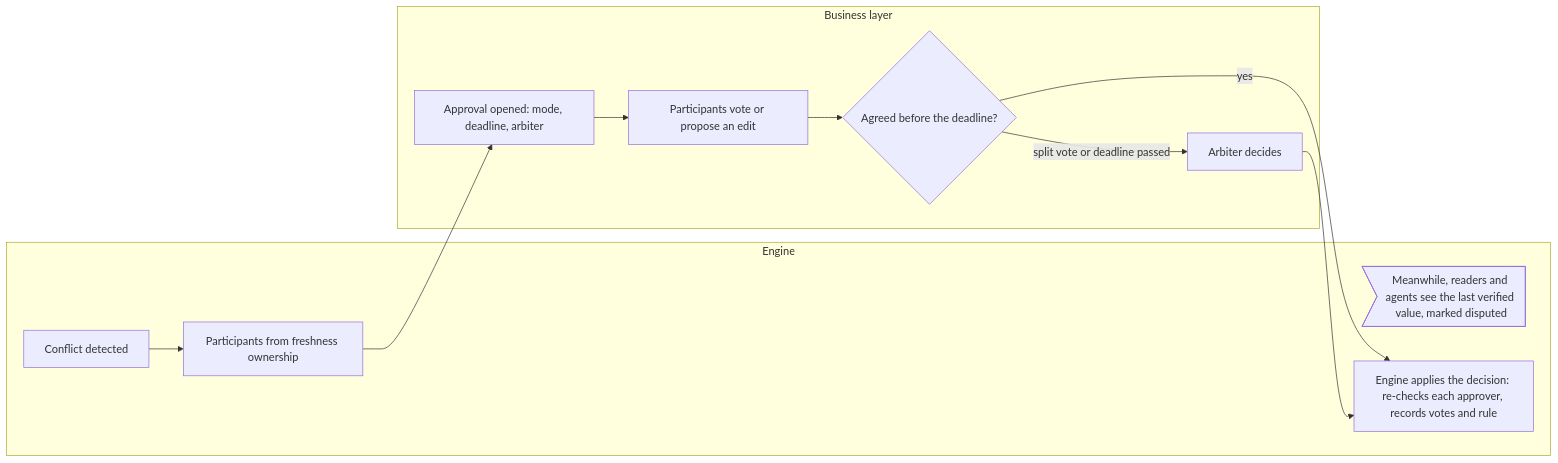
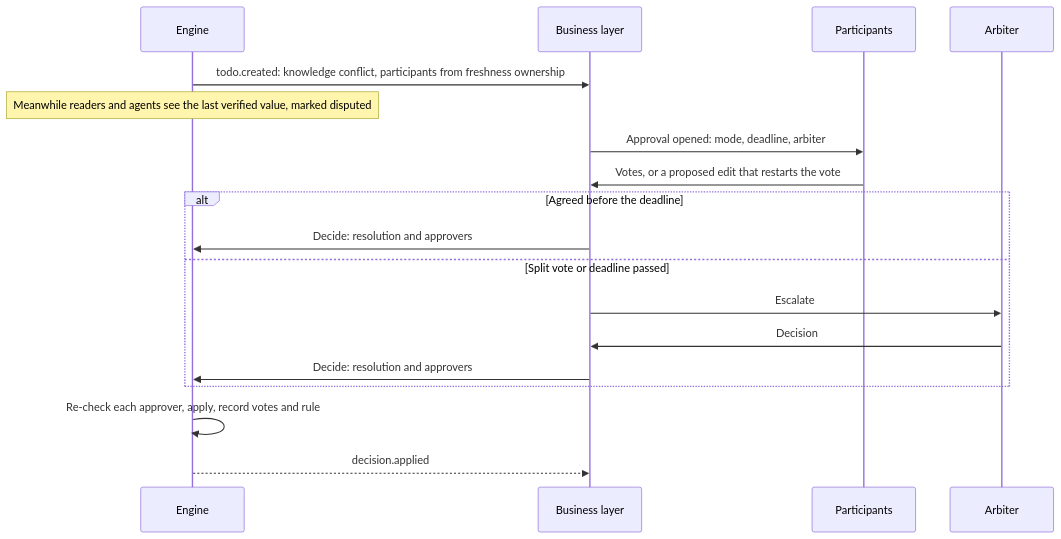
The first of 2 diagrams in docs/design/business-layer.md (AngelMsger/Inspiration), drawn with Mermaid before and after one commit. The commit also changed other lines of this file and 4 other files, not shown here.

First line of the commit message:
Docs: add the business layer design and its engine contract

````diff
--- a/docs/design/business-layer.md
+++ b/docs/design/business-layer.md
@@ -191,17 +191,20 @@
 ```mermaid
-flowchart LR
-  subgraph engine[Engine]
-    detected[Conflict detected] --> participants[Participants from freshness ownership]
-    meanwhile>"Meanwhile, readers and agents see the last verified value, marked disputed"]
-    apply["Engine applies the decision: re-checks each approver, records votes and rule"]
+sequenceDiagram
+  participant E as Engine
+  participant B as Business layer
+  participant P as Participants
+  participant A as Arbiter
+  E->>B: todo.created: knowledge conflict, participants from freshness ownership
+  Note over E: Meanwhile readers and agents see the last verified value, marked disputed
+  B->>P: Approval opened: mode, deadline, arbiter
+  P->>B: Votes, or a proposed edit that restarts the vote
+  alt Agreed before the deadline
+    B->>E: Decide: resolution and approvers
+  else Split vote or deadline passed
+    B->>A: Escalate
+    A->>B: Decision
+    B->>E: Decide: resolution and approvers
   end
-  subgraph business[Business layer]
-    opened["Approval opened: mode, deadline, arbiter"] --> vote[Participants vote or propose an edit]
-    vote --> agreed{Agreed before the deadline?}
-    arbiter[Arbiter decides]
-  end
-  participants --> opened
-  agreed -- yes --> apply
-  agreed -- "split vote or deadline passed" --> arbiter
-  arbiter --> apply
+  E->>E: Re-check each approver, apply, record votes and rule
+  E-->>B: decision.applied
 ```
````
